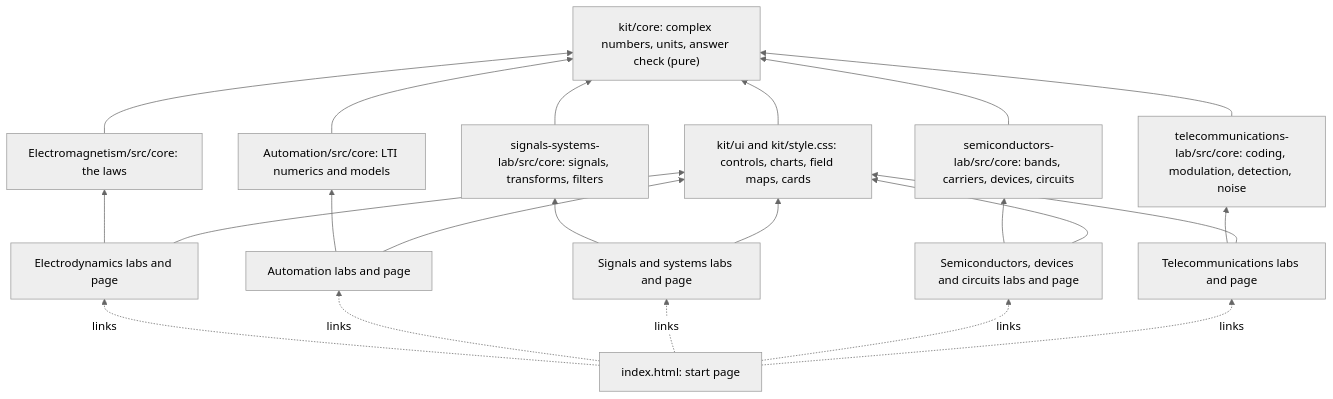
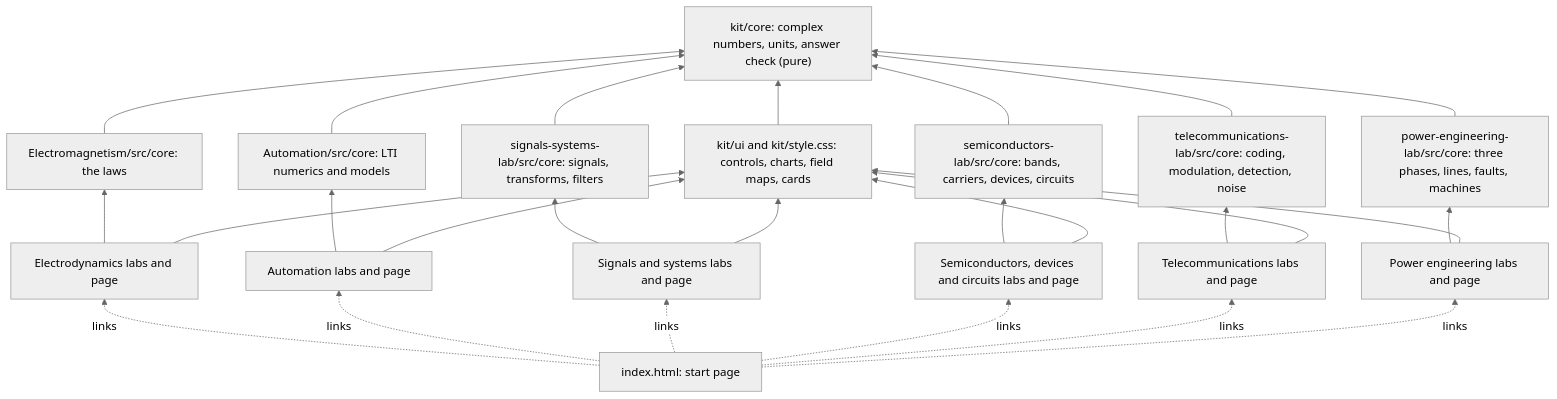
Before and after one commit to Abdulhamid-Baghdadi/bachelor-lectures-aid-kit: the diagram in README.md, drawn with Mermaid (neutral theme). The commit also changed other lines of this file and 44 other files, not shown here.

First line of the commit message:
Add the Power Engineering Lab on the shared kit

````diff
--- a/README.md
+++ b/README.md
@@ -46,37 +47,43 @@
 ```mermaid
 flowchart BT
   kc["kit/core: complex numbers, units, answer check (pure)"]
   ku["kit/ui and kit/style.css: controls, charts, field maps, cards"]
   ec["Electromagnetism/src/core: the laws"]
   ac["Automation/src/core: LTI numerics and models"]
   sc["signals-systems-lab/src/core: signals, transforms, filters"]
   hc["semiconductors-lab/src/core: bands, carriers, devices, circuits"]
   tc["telecommunications-lab/src/core: coding, modulation, detection, noise"]
+  pc["power-engineering-lab/src/core: three phases, lines, faults, machines"]
   el["Electrodynamics labs and page"]
   al["Automation labs and page"]
   sl["Signals and systems labs and page"]
   hl["Semiconductors, devices and circuits labs and page"]
   tl["Telecommunications labs and page"]
+  pl["Power engineering labs and page"]
   start["index.html: start page"]
   ku --> kc
   ec --> kc
   ac --> kc
   sc --> kc
   hc --> kc
   el --> ec
   el --> ku
   al --> ac
   al --> ku
   sl --> sc
   sl --> ku
   hl --> hc
   hl --> ku
   tl --> tc
   tl --> ku
   tc --> kc
+  pl --> pc
+  pl --> ku
+  pc --> kc
   start -. links .-> el
   start -. links .-> al
   start -. links .-> sl
   start -. links .-> hl
   start -. links .-> tl
+  start -. links .-> pl
 ```
````
